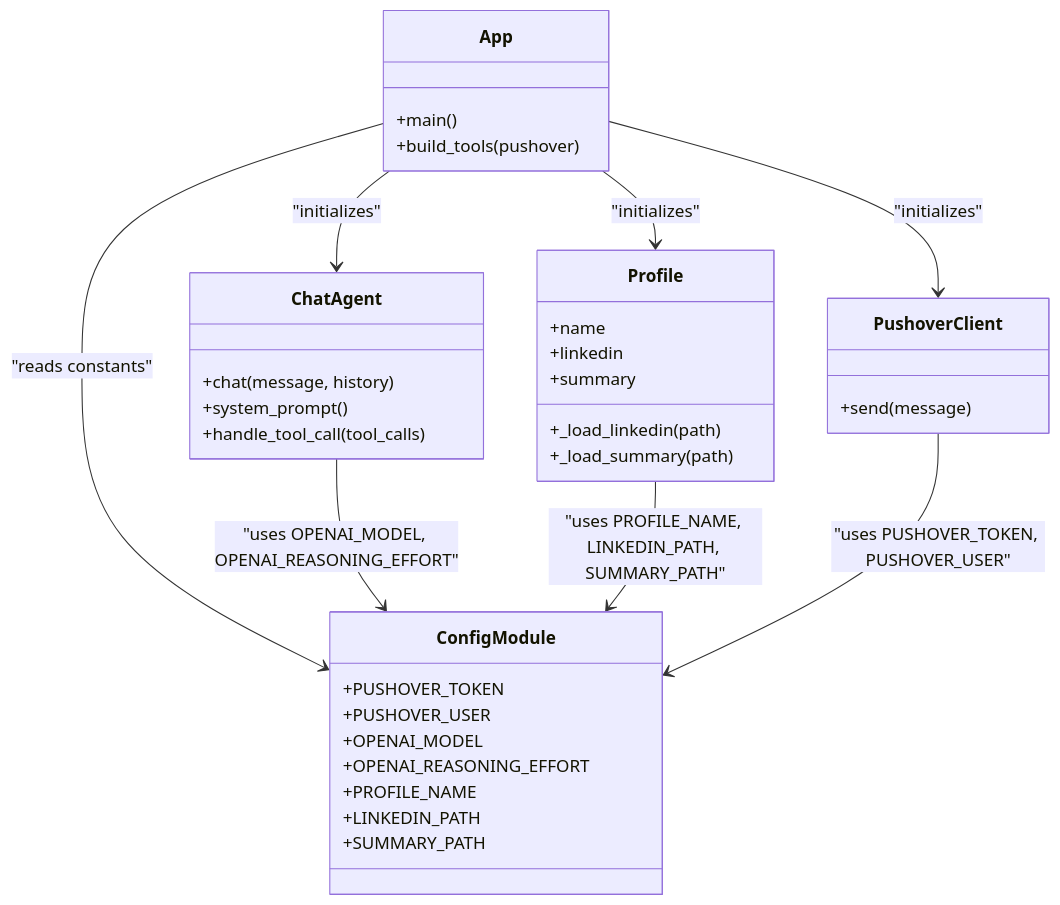
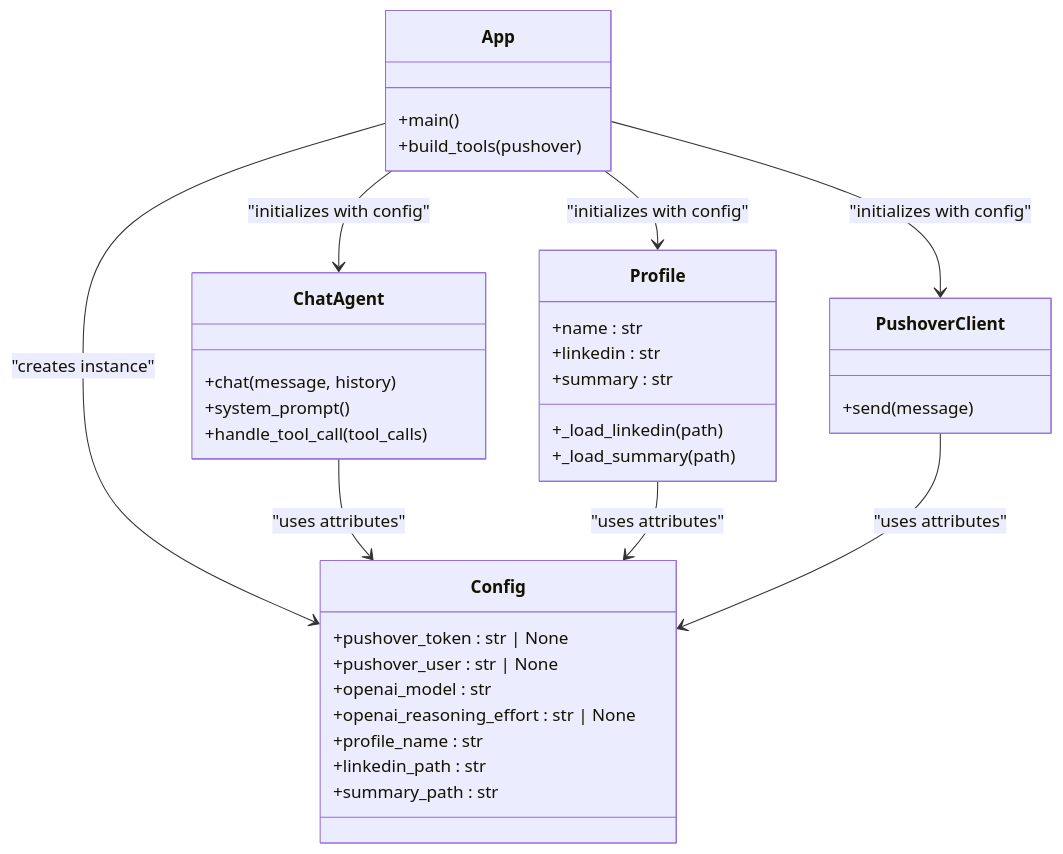
Before and after one commit to jessedatawiz/professional-alter-ego: the third of 4 diagrams in .qoder/repowiki/en/content/Configuration Management.md, drawn with Mermaid. The commit also changed other lines of this file and 3 other files, not shown here.

````diff
--- a/.qoder/repowiki/en/content/Configuration Management.md
+++ b/.qoder/repowiki/en/content/Configuration Management.md
@@ -195,38 +220,38 @@
 ```mermaid
 classDiagram
-class ConfigModule {
-+PUSHOVER_TOKEN
-+PUSHOVER_USER
-+OPENAI_MODEL
-+OPENAI_REASONING_EFFORT
-+PROFILE_NAME
-+LINKEDIN_PATH
-+SUMMARY_PATH
+class Config {
++pushover_token : str | None
++pushover_user : str | None
++openai_model : str
++openai_reasoning_effort : str | None
++profile_name : str
++linkedin_path : str
++summary_path : str
 }
 class App {
 +main()
 +build_tools(pushover)
 }
 class ChatAgent {
 +chat(message, history)
 +system_prompt()
 +handle_tool_call(tool_calls)
 }
 class Profile {
-+name
-+linkedin
-+summary
++name : str
++linkedin : str
++summary : str
 +_load_linkedin(path)
 +_load_summary(path)
 }
 class PushoverClient {
 +send(message)
 }
-App --> ConfigModule : "reads constants"
-App --> ChatAgent : "initializes"
-App --> Profile : "initializes"
-App --> PushoverClient : "initializes"
-ChatAgent --> ConfigModule : "uses OPENAI_MODEL, OPENAI_REASONING_EFFORT"
-Profile --> ConfigModule : "uses PROFILE_NAME, LINKEDIN_PATH, SUMMARY_PATH"
-PushoverClient --> ConfigModule : "uses PUSHOVER_TOKEN, PUSHOVER_USER"
+App --> Config : "creates instance"
+App --> ChatAgent : "initializes with config"
+App --> Profile : "initializes with config"
+App --> PushoverClient : "initializes with config"
+ChatAgent --> Config : "uses attributes"
+Profile --> Config : "uses attributes"
+PushoverClient --> Config : "uses attributes"
 ```
````
